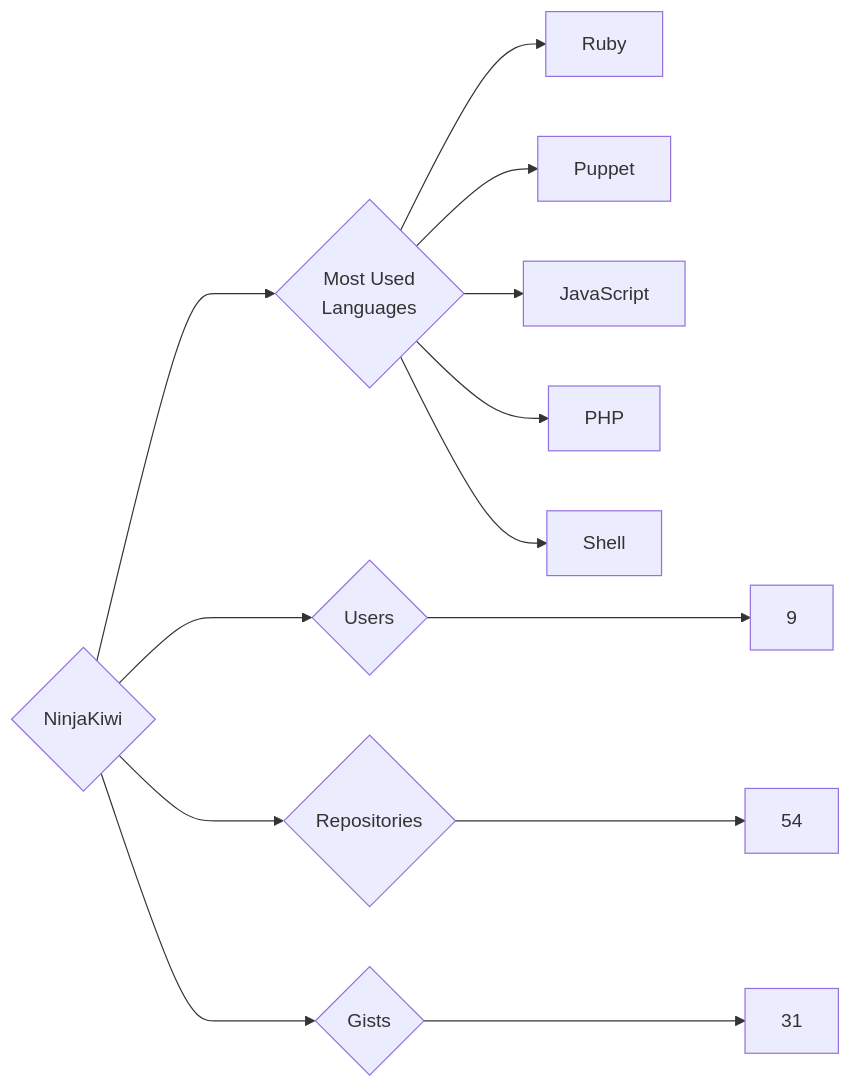
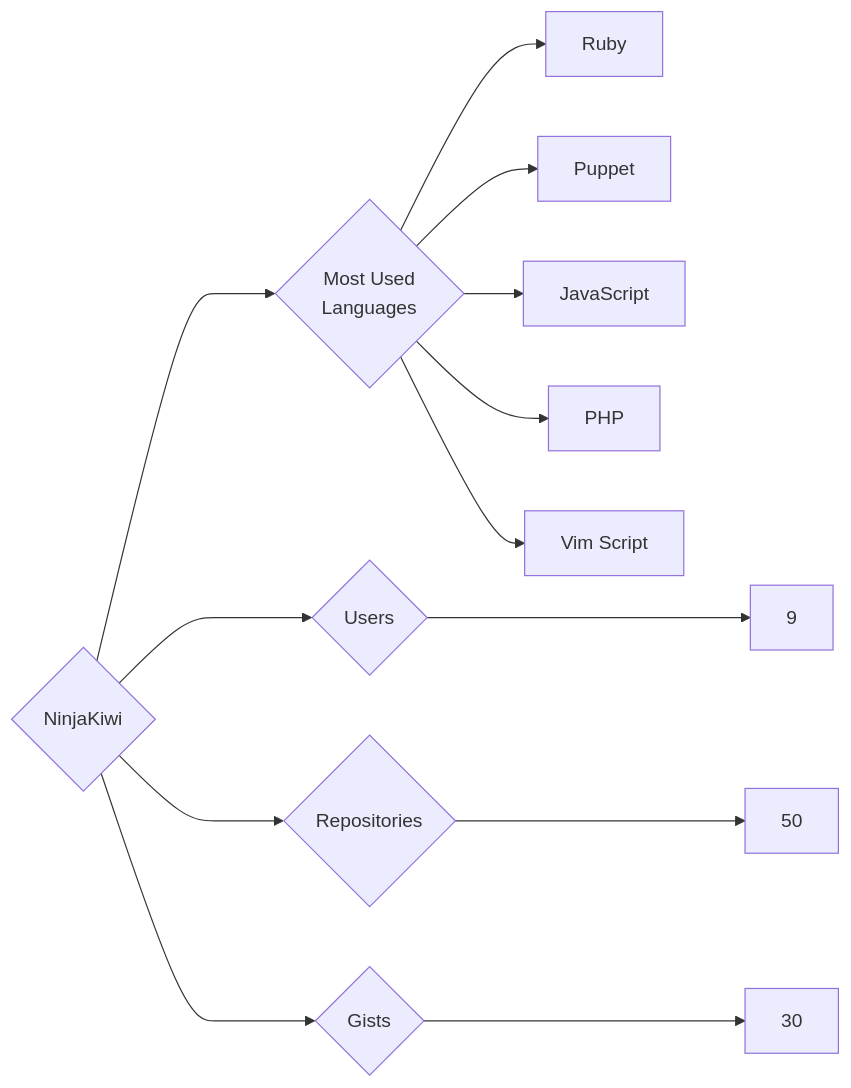
Before and after one commit to trickest/insiders: the diagram in targets/NinjaKiwi/README.md, drawn with Mermaid. The commit also changed 1508 other files, not shown here.

````diff
--- a/targets/NinjaKiwi/README.md
+++ b/targets/NinjaKiwi/README.md
@@ -3,13 +3,13 @@
 ```mermaid
 graph LR
 COMPANY_NAME{NinjaKiwi}
 COMPANY_NAME ---> U{Users} ---> UN[9]
-COMPANY_NAME ---> R{Repositories} ---> RN[54]
-COMPANY_NAME ---> G{Gists} ---> GN[31]
+COMPANY_NAME ---> R{Repositories} ---> RN[50]
+COMPANY_NAME ---> G{Gists} ---> GN[30]
 COMPANY_NAME ---> ML{Most Used<br>Languages}
 ML --> Ruby[Ruby]
 ML --> Puppet[Puppet]
 ML --> JavaScript[JavaScript]
 ML --> PHP[PHP]
-ML --> Shell[Shell]
+ML --> Vim_Script[Vim Script]
 ```
````
